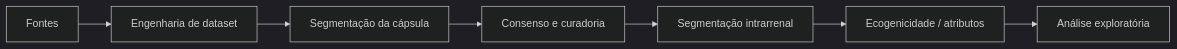
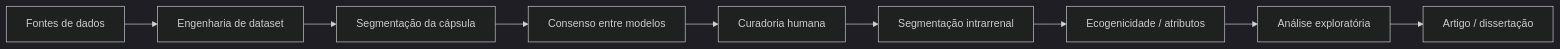
One commit to 0rakul0/kidney changed the diagram in docs/wiki/README.md. Above: the diagram before and after it, drawn with Mermaid (dark theme). The commit also changed other lines of this file, not shown here.

````diff
--- a/docs/wiki/README.md
+++ b/docs/wiki/README.md
@@ -9,9 +18,11 @@
 ```mermaid
 flowchart LR
-    A[Fontes] --> B[Engenharia de dataset]
+    A[Fontes de dados] --> B[Engenharia de dataset]
     B --> C[Segmentação da cápsula]
-    C --> D[Consenso e curadoria]
-    D --> E[Segmentação intrarrenal]
-    E --> F[Ecogenicidade / atributos]
-    F --> G[Análise exploratória]
+    C --> D[Consenso entre modelos]
+    D --> E[Curadoria humana]
+    E --> F[Segmentação intrarrenal]
+    F --> G[Ecogenicidade / atributos]
+    G --> H[Análise exploratória]
+    H --> I[Artigo / dissertação]
 ```
````
